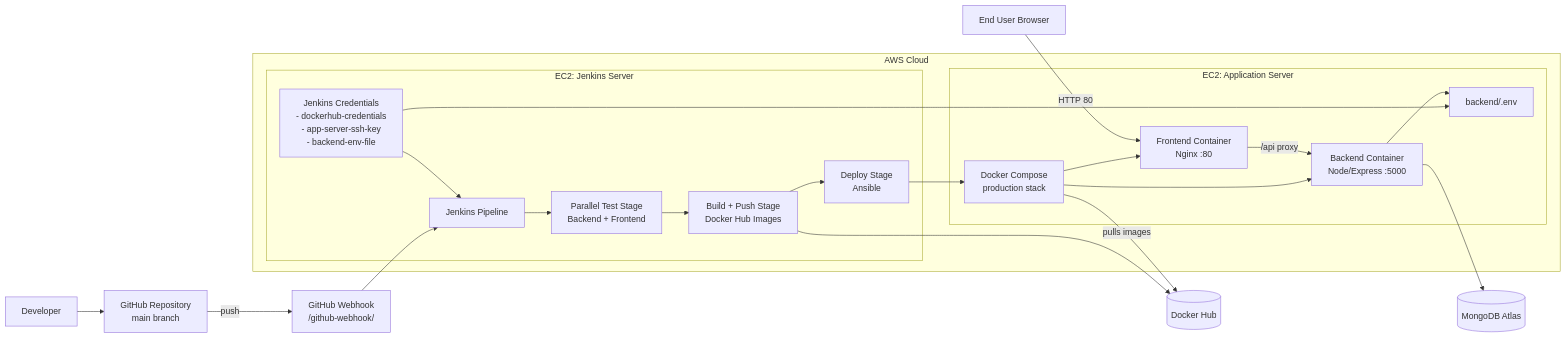
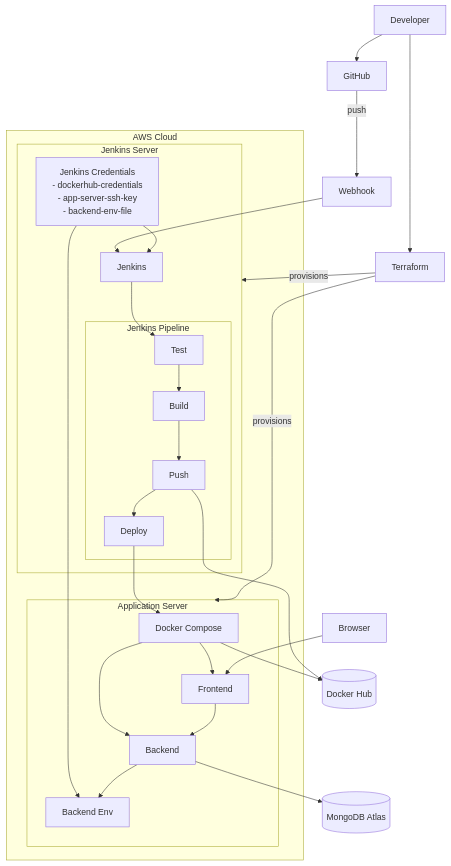
Before and after one commit to SahanjithD/Draftly: the first of 2 diagrams in ARCHITECTURE.md, drawn with Mermaid.

Commit message:
refactor: Revise architecture diagram for improved clarity and detail in CI/CD and deployment processes

````diff
--- a/ARCHITECTURE.md
+++ b/ARCHITECTURE.md
@@ -16,49 +16,58 @@
 ```mermaid
-graph LR
+graph TB
     Dev[Developer]
-    GitHub[GitHub Repository\nmain branch]
-    Webhook[GitHub Webhook\n/github-webhook/]
+    Terraform[Terraform]
+    GitHub[GitHub]
+    Webhook[Webhook]
 
     subgraph AWS[AWS Cloud]
-        subgraph CICD[EC2: Jenkins Server]
-            Jenkins[Jenkins Pipeline]
-            Tests[Parallel Test Stage\nBackend + Frontend]
-            BuildPush[Build + Push Stage\nDocker Hub Images]
-            Deploy[Deploy Stage\nAnsible]
+        subgraph CICD[Jenkins Server]
+            Jenkins[Jenkins]
+            subgraph Pipe[Jenkins Pipeline]
+                Tests[Test]
+                Build[Build]
+                Push[Push]
+                Deploy[Deploy]
+            end
             Creds[Jenkins Credentials\n- dockerhub-credentials\n- app-server-ssh-key\n- backend-env-file]
         end
 
-        subgraph APP[EC2: Application Server]
-            Compose[Docker Compose\nproduction stack]
-            FE[Frontend Container\nNginx :80]
-            BE[Backend Container\nNode/Express :5000]
-            Env[backend/.env]
+        subgraph APP[Application Server]
+            Compose[Docker Compose]
+            FE[Frontend]
+            BE[Backend]
+            Env[Backend Env]
         end
     end
 
     Hub[(Docker Hub)]
     Atlas[(MongoDB Atlas)]
-    User[End User Browser]
+    User[Browser]
+
+    Dev --> Terraform
+    Terraform -- provisions --> CICD
+    Terraform -- provisions --> APP
 
     Dev --> GitHub
     GitHub -- push --> Webhook
     Webhook --> Jenkins
 
     Jenkins --> Tests
-    Tests --> BuildPush
-    BuildPush --> Hub
-    BuildPush --> Deploy
+    Tests --> Build
+    Build --> Push
+    Push --> Hub
+    Push --> Deploy
     Deploy --> Compose
 
     Creds --> Jenkins
     Creds --> Env
 
     Compose --> FE
     Compose --> BE
-    Compose -- pulls images --> Hub
+    Compose --> Hub
 
-    User -- HTTP 80 --> FE
-    FE -- /api proxy --> BE
+    User --> FE
+    FE --> BE
     BE --> Atlas
     BE --> Env
 ```
````
